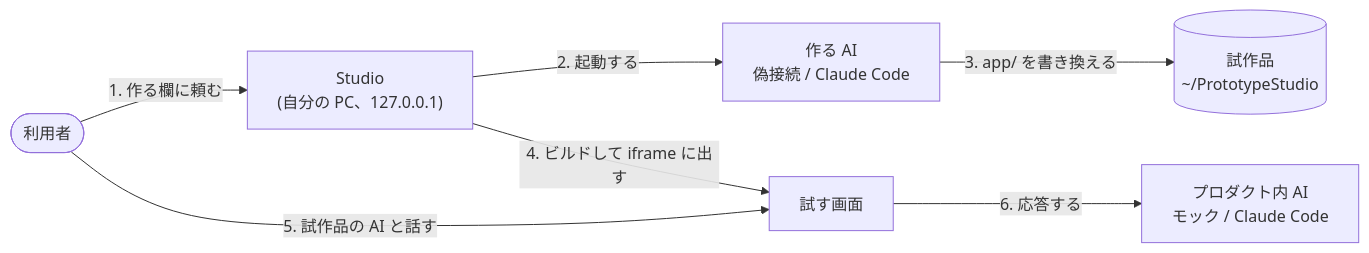
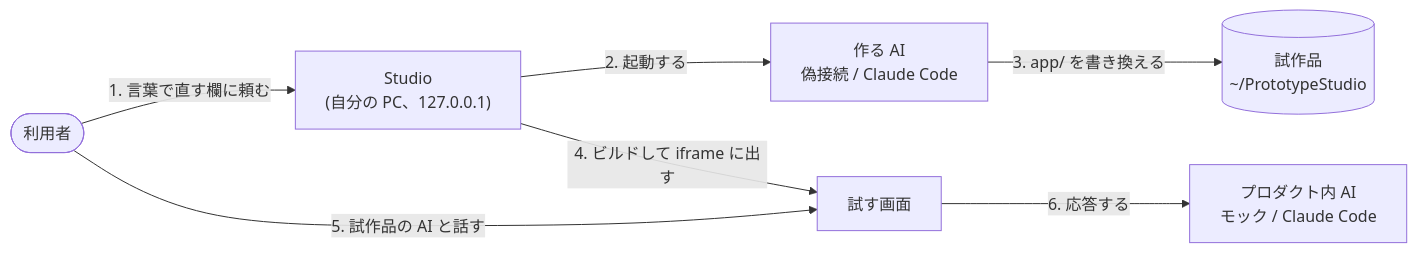
One commit to jyoka/agent-prototype-studio changed the diagram in README.md. Above: the diagram before and after it, drawn with Mermaid. The commit also changed other lines of this file and 31 other files, not shown here.

````diff
--- a/README.md
+++ b/README.md
@@ -11,9 +11,9 @@
 ```mermaid
 flowchart LR
-    you(["利用者"]) -- "1. 作る欄に頼む" --> studio["Studio<br/>(自分の PC、127.0.0.1)"]
+    you(["利用者"]) -- "1. 言葉で直す欄に頼む" --> studio["Studio<br/>(自分の PC、127.0.0.1)"]
     studio -- "2. 起動する" --> maker["作る AI<br/>偽接続 / Claude Code"]
     maker -- "3. app/ を書き換える" --> app[("試作品<br/>~/PrototypeStudio")]
     studio -- "4. ビルドして iframe に出す" --> try["試す画面"]
     you -- "5. 試作品の AI と話す" --> try
     try -- "6. 応答する" --> pai["プロダクト内 AI<br/>モック / Claude Code"]
 ```
````
